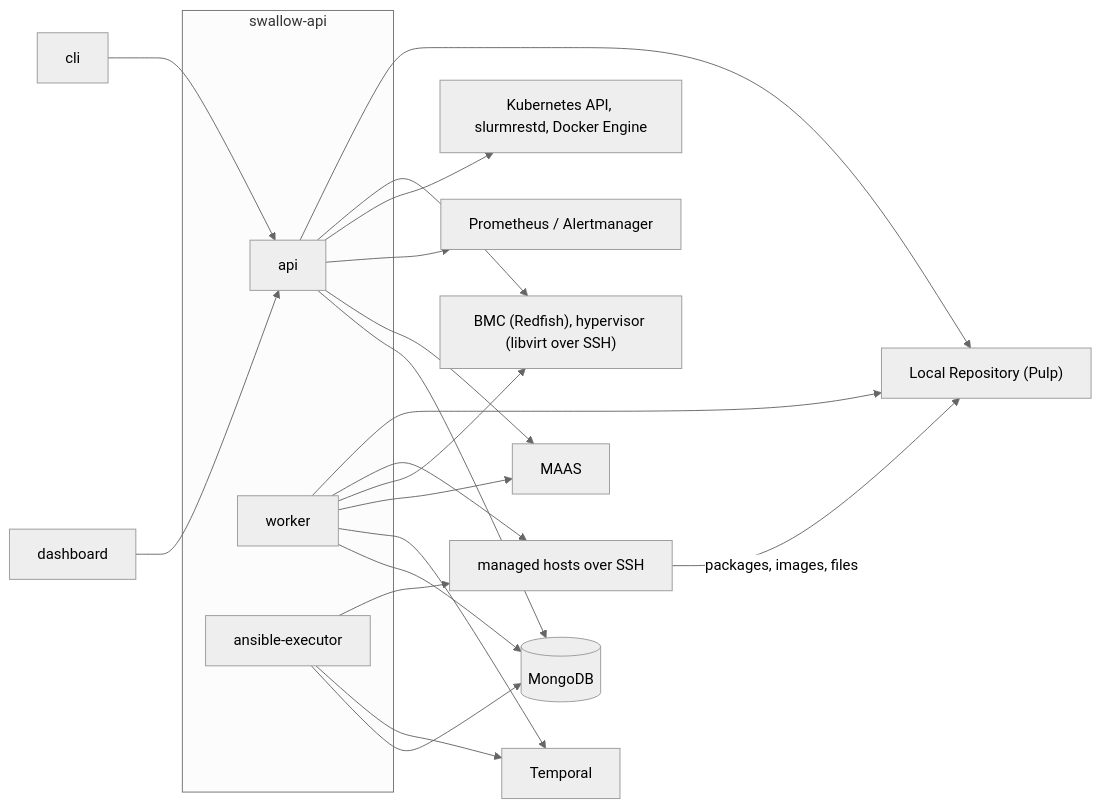
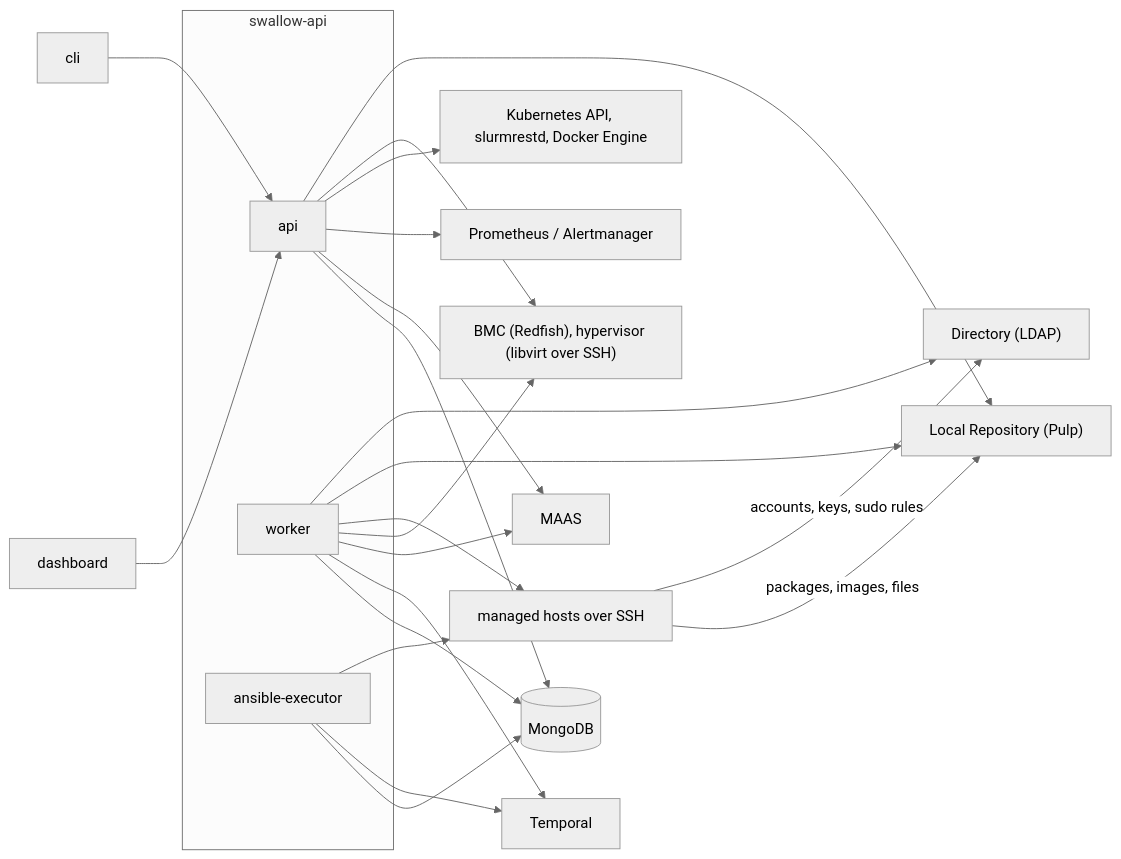
Before and after one commit to maple52046/swallow: the first of 2 diagrams in docs/development/system-overview.md, drawn with Mermaid (neutral theme). The commit also changed other lines of this file and 277 other files, not shown here.

````diff
--- a/docs/development/system-overview.md
+++ b/docs/development/system-overview.md
@@ -51,26 +52,28 @@
 ```mermaid
 flowchart LR
     dashboard[dashboard] --> api
     cli[cli] --> api
     subgraph swallow [swallow-api]
         api[api]
         worker[worker]
         executor[ansible-executor]
     end
     api --> mongo[(MongoDB)]
     worker --> mongo
     executor --> mongo
     worker --> temporal[Temporal]
     executor --> temporal
     api --> maas[MAAS]
     worker --> maas
     api --> prom[Prometheus / Alertmanager]
     api --> runtimes["Kubernetes API, slurmrestd, Docker Engine"]
     api --> bmc["BMC (Redfish), hypervisor (libvirt over SSH)"]
     worker --> bmc
     executor --> hosts[managed hosts over SSH]
     worker --> hosts
     worker --> repo["Local Repository (Pulp)"]
     api --> repo
     hosts -->|"packages, images, files"| repo
+    worker --> ldap["Directory (LDAP)"]
+    hosts -->|"accounts, keys, sudo rules"| ldap
 ```
````
